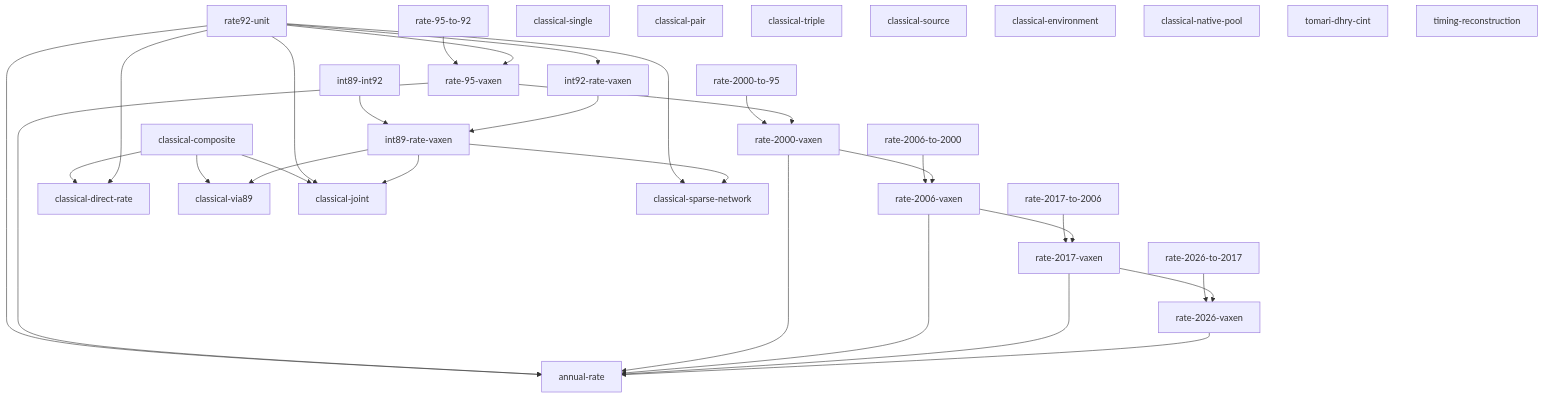
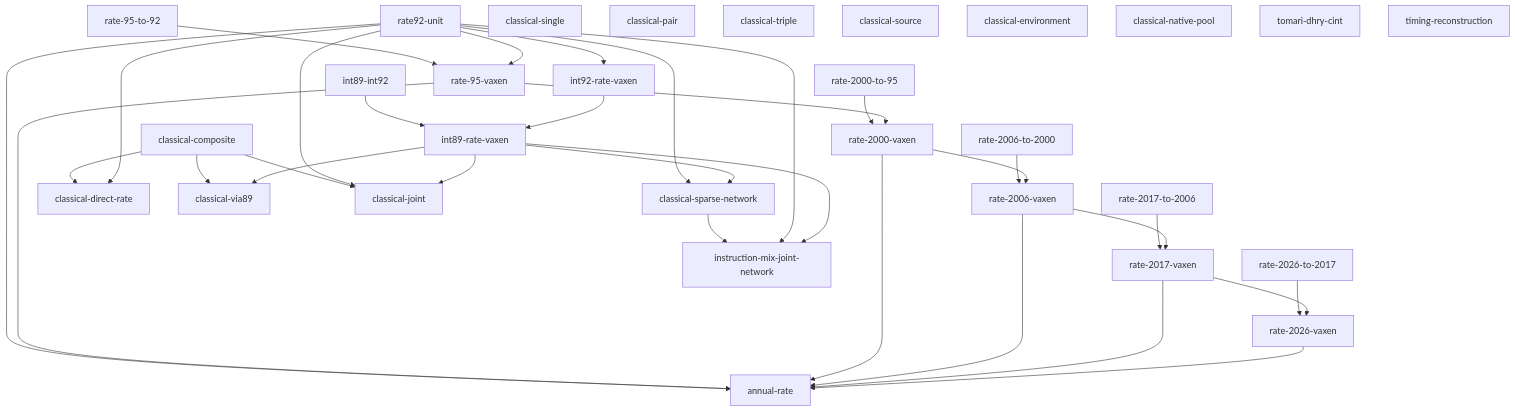
The diagram in research/catalog.md (NeoChen1024/CPUShowSpeed), drawn with Mermaid before and after one commit. The commit also changed other lines of this file and 62 other files, not shown here.

Commit message:
Unify VAXen timeline and add instruction-mix calibration experiments

````diff
--- a/research/catalog.md
+++ b/research/catalog.md
@@ -50,59 +50,63 @@
 ```mermaid
 flowchart TD
     rate92_unit["rate92-unit"]
     rate_95_to_92["rate-95-to-92"]
     rate_95_vaxen["rate-95-vaxen"]
     rate_95_to_92 --> rate_95_vaxen
     rate92_unit --> rate_95_vaxen
     rate_2000_to_95["rate-2000-to-95"]
     rate_2000_vaxen["rate-2000-vaxen"]
     rate_2000_to_95 --> rate_2000_vaxen
     rate_95_vaxen --> rate_2000_vaxen
     rate_2006_to_2000["rate-2006-to-2000"]
     rate_2006_vaxen["rate-2006-vaxen"]
     rate_2006_to_2000 --> rate_2006_vaxen
     rate_2000_vaxen --> rate_2006_vaxen
     rate_2017_to_2006["rate-2017-to-2006"]
     rate_2017_vaxen["rate-2017-vaxen"]
     rate_2017_to_2006 --> rate_2017_vaxen
     rate_2006_vaxen --> rate_2017_vaxen
     rate_2026_to_2017["rate-2026-to-2017"]
     rate_2026_vaxen["rate-2026-vaxen"]
     rate_2026_to_2017 --> rate_2026_vaxen
     rate_2017_vaxen --> rate_2026_vaxen
     annual_rate["annual-rate"]
     rate92_unit --> annual_rate
     rate_95_vaxen --> annual_rate
     rate_2000_vaxen --> annual_rate
     rate_2006_vaxen --> annual_rate
     rate_2017_vaxen --> annual_rate
     rate_2026_vaxen --> annual_rate
     int89_int92["int89-int92"]
     int92_rate_vaxen["int92-rate-vaxen"]
     rate92_unit --> int92_rate_vaxen
     int89_rate_vaxen["int89-rate-vaxen"]
     int89_int92 --> int89_rate_vaxen
     int92_rate_vaxen --> int89_rate_vaxen
     classical_composite["classical-composite"]
     classical_direct_rate["classical-direct-rate"]
     classical_composite --> classical_direct_rate
     rate92_unit --> classical_direct_rate
     classical_via89["classical-via89"]
     classical_composite --> classical_via89
     int89_rate_vaxen --> classical_via89
     classical_joint["classical-joint"]
     classical_composite --> classical_joint
     rate92_unit --> classical_joint
     int89_rate_vaxen --> classical_joint
     classical_single["classical-single"]
     classical_pair["classical-pair"]
     classical_triple["classical-triple"]
     classical_source["classical-source"]
     classical_environment["classical-environment"]
     classical_native_pool["classical-native-pool"]
     tomari_dhry_cint["tomari-dhry-cint"]
     timing_reconstruction["timing-reconstruction"]
     classical_sparse_network["classical-sparse-network"]
     rate92_unit --> classical_sparse_network
     int89_rate_vaxen --> classical_sparse_network
+    instruction_mix_joint_network["instruction-mix-joint-network"]
+    classical_sparse_network --> instruction_mix_joint_network
+    rate92_unit --> instruction_mix_joint_network
+    int89_rate_vaxen --> instruction_mix_joint_network
 ```
````
